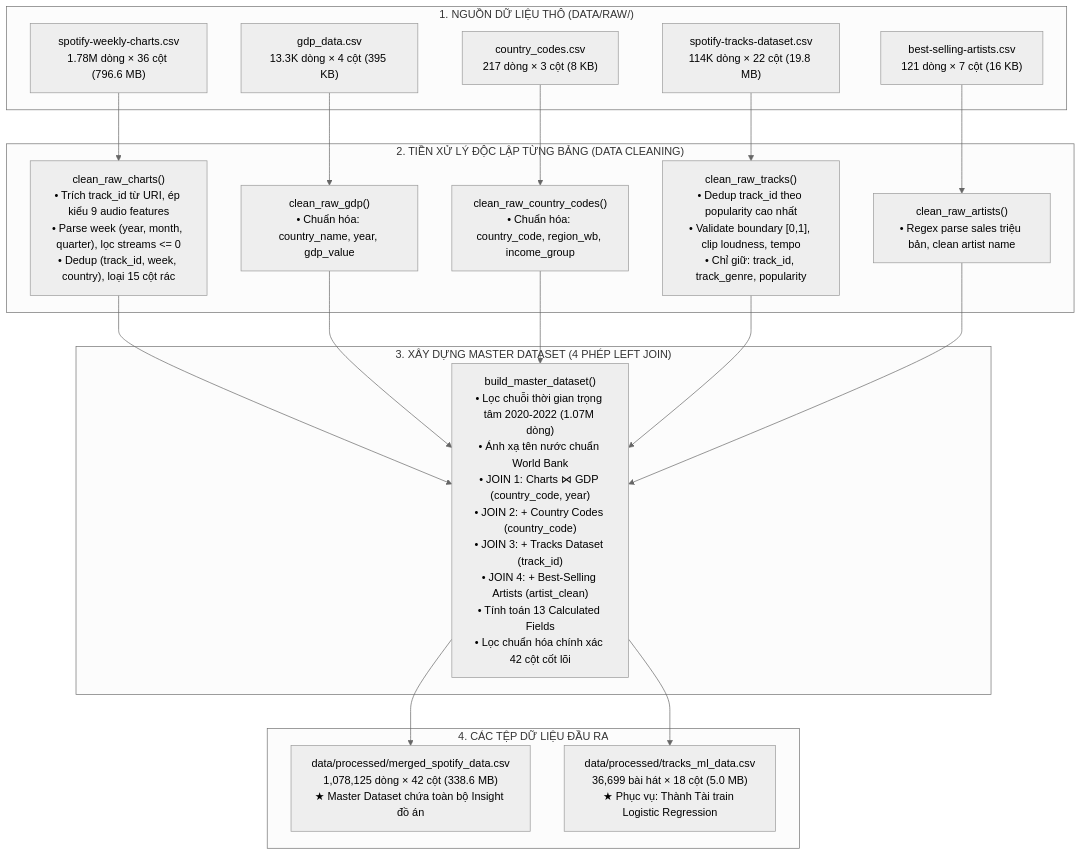
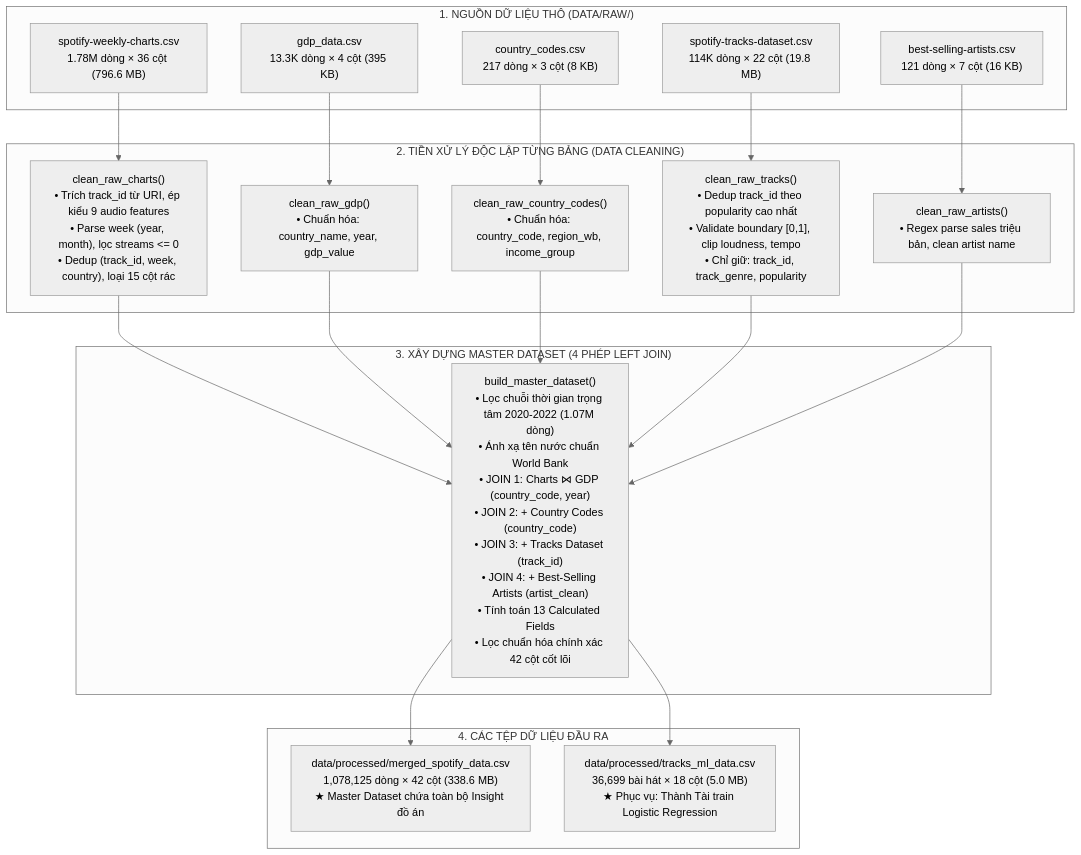
The diagram in docs/data_processing_flow.md (lyhiahan/Spotify_Audio_Trends_Analytics), drawn with Mermaid (neutral theme) before and after one commit. The commit also changed other lines of this file and 3 other files, not shown here.

Commit message:
fix(etl, docs): remove unused quarter column, detail Taiwan & Venezuela missing GDP by year, clean notebook imports

````diff
--- a/docs/data_processing_flow.md
+++ b/docs/data_processing_flow.md
@@ -32,38 +32,38 @@
 ```mermaid
 flowchart TD
     subgraph S1["1. NGUỒN DỮ LIỆU THÔ (DATA/RAW/)"]
         RAW_C["spotify-weekly-charts.csv<br/>1.78M dòng × 36 cột (796.6 MB)"]
         RAW_T["spotify-tracks-dataset.csv<br/>114K dòng × 22 cột (19.8 MB)"]
         RAW_G["gdp_data.csv<br/>13.3K dòng × 4 cột (395 KB)"]
         RAW_CC["country_codes.csv<br/>217 dòng × 3 cột (8 KB)"]
         RAW_A["best-selling-artists.csv<br/>121 dòng × 7 cột (16 KB)"]
     end
 
     subgraph S2["2. TIỀN XỬ LÝ ĐỘC LẬP TỪNG BẢNG (DATA CLEANING)"]
-        CLEAN_C["clean_raw_charts()<br/>• Trích track_id từ URI, ép kiểu 9 audio features<br/>• Parse week (year, month, quarter), lọc streams <= 0<br/>• Dedup (track_id, week, country), loại 15 cột rác"]
+        CLEAN_C["clean_raw_charts()<br/>• Trích track_id từ URI, ép kiểu 9 audio features<br/>• Parse week (year, month), lọc streams <= 0<br/>• Dedup (track_id, week, country), loại 15 cột rác"]
         CLEAN_T["clean_raw_tracks()<br/>• Dedup track_id theo popularity cao nhất<br/>• Validate boundary [0,1], clip loudness, tempo<br/>• Chỉ giữ: track_id, track_genre, popularity"]
         CLEAN_A["clean_raw_artists()<br/>• Regex parse sales triệu bản, clean artist name"]
         CLEAN_G["clean_raw_gdp()<br/>• Chuẩn hóa: country_name, year, gdp_value"]
         CLEAN_CC["clean_raw_country_codes()<br/>• Chuẩn hóa: country_code, region_wb, income_group"]
     end
 
     subgraph S3["3. XÂY DỰNG MASTER DATASET (4 PHÉP LEFT JOIN)"]
         BUILD["build_master_dataset()<br/>• Lọc chuỗi thời gian trọng tâm 2020-2022 (1.07M dòng)<br/>• Ánh xạ tên nước chuẩn World Bank<br/>• JOIN 1: Charts ⋈ GDP (country_code, year)<br/>• JOIN 2: + Country Codes (country_code)<br/>• JOIN 3: + Tracks Dataset (track_id)<br/>• JOIN 4: + Best-Selling Artists (artist_clean)<br/>• Tính toán 13 Calculated Fields<br/>• Lọc chuẩn hóa chính xác 42 cột cốt lõi"]
     end
 
     subgraph S4["4. CÁC TỆP DỮ LIỆU ĐẦU RA"]
         OUT_M["data/processed/merged_spotify_data.csv<br/>1,078,125 dòng × 42 cột (338.6 MB)<br/>★ Master Dataset chứa toàn bộ Insight đồ án"]
         OUT_S2["data/processed/tracks_ml_data.csv<br/>36,699 bài hát × 18 cột (5.0 MB)<br/>★ Phục vụ: Thành Tài train Logistic Regression"]
     end
 
     RAW_C --> CLEAN_C
     RAW_T --> CLEAN_T
     RAW_A --> CLEAN_A
     RAW_G --> CLEAN_G
     RAW_CC --> CLEAN_CC
 
     CLEAN_C & CLEAN_G & CLEAN_CC & CLEAN_T & CLEAN_A --> BUILD
 
     BUILD --> OUT_M
     BUILD --> OUT_S2
 ```
````
